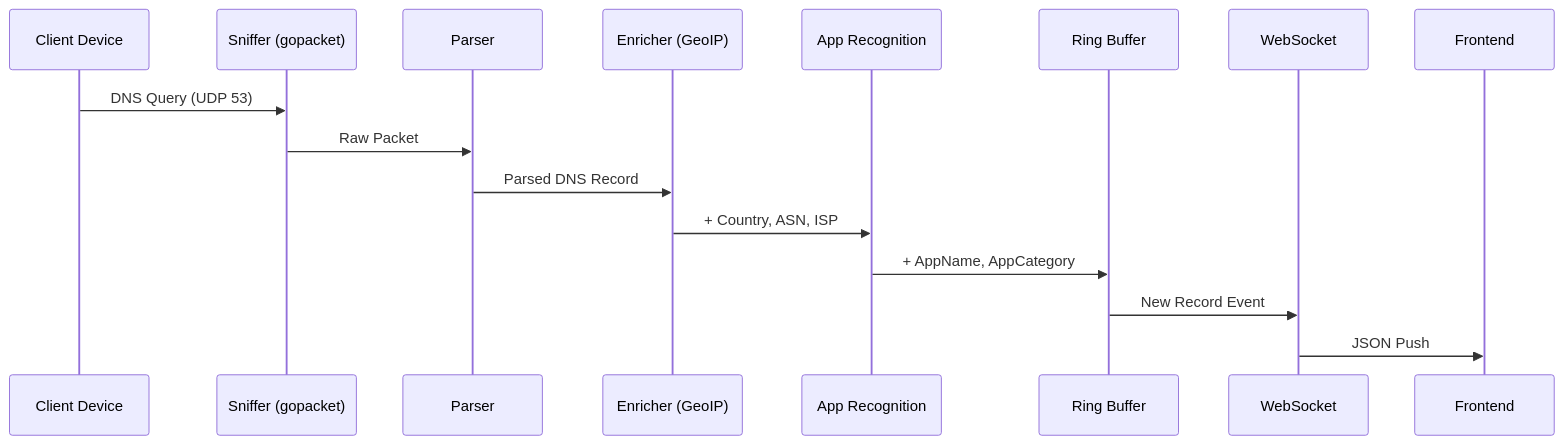
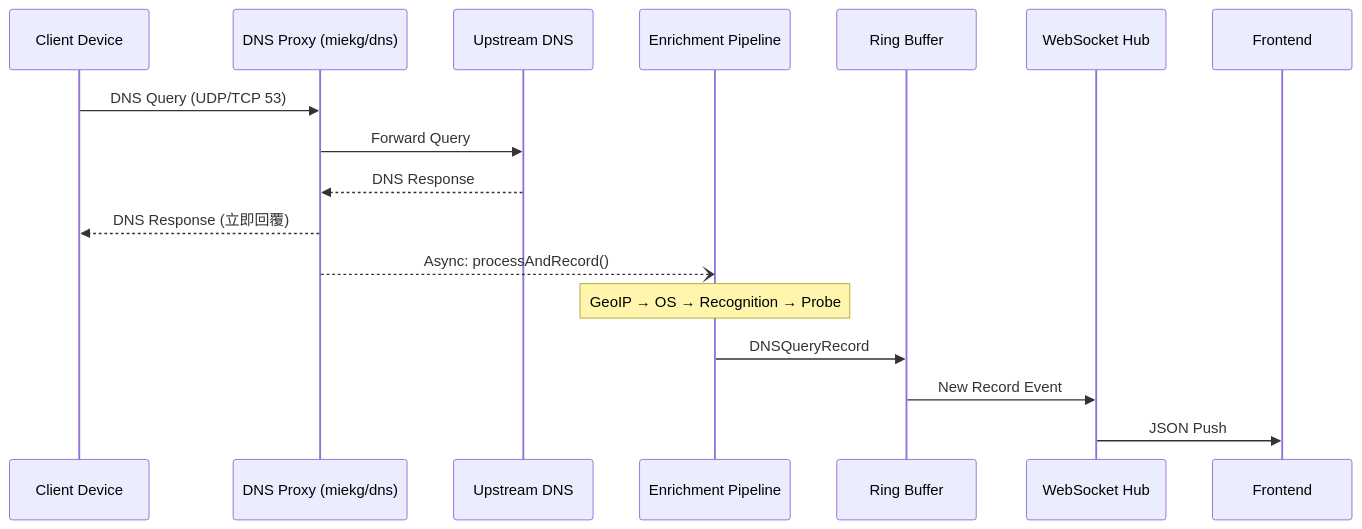
One commit to zeroflare/ocf-srrt changed the first of 4 diagrams in doc/06_runtime_view.md. Above: the diagram before and after it, drawn with Mermaid. The commit also changed other lines of this file and 46 other files, not shown here.

````diff
--- a/doc/06_runtime_view.md
+++ b/doc/06_runtime_view.md
@@ -11,19 +14,20 @@
 ```mermaid
 sequenceDiagram
     participant C as Client Device
-    participant S as Sniffer (gopacket)
-    participant P as Parser
-    participant E as Enricher (GeoIP)
-    participant R as App Recognition
+    participant D as DNS Proxy (miekg/dns)
+    participant U as Upstream DNS
+    participant E as Enrichment Pipeline
     participant B as Ring Buffer
-    participant W as WebSocket
+    participant W as WebSocket Hub
     participant F as Frontend
 
-    C->>S: DNS Query (UDP 53)
-    S->>P: Raw Packet
-    P->>E: Parsed DNS Record
-    E->>R: + Country, ASN, ISP
-    R->>B: + AppName, AppCategory
+    C->>D: DNS Query (UDP/TCP 53)
+    D->>U: Forward Query
+    U-->>D: DNS Response
+    D-->>C: DNS Response (立即回覆)
+    D--)E: Async: processAndRecord()
+    Note over E: GeoIP → OS → Recognition → Probe
+    E->>B: DNSQueryRecord
     B->>W: New Record Event
     W->>F: JSON Push
 ```
````
